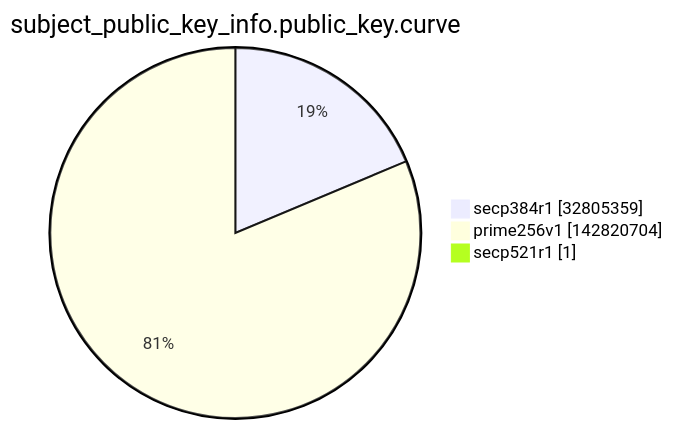
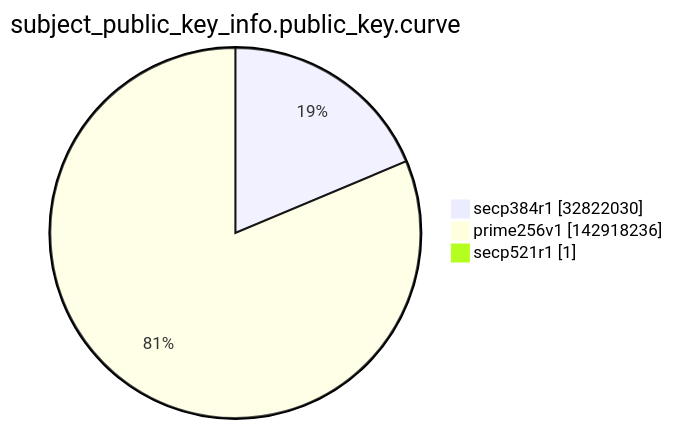
One commit to christiankrug/ctmonitor_visualization changed the ninth of 15 diagrams in argon2022/README.md. Above: the diagram before and after it, drawn with Mermaid. The commit also changed other lines of this file, not shown here.

````diff
--- a/argon2022/README.md
+++ b/argon2022/README.md
@@ -2764,7 +2764,7 @@
 ```mermaid
 pie showData
 title subject_public_key_info.public_key.curve
-"secp384r1" :32805359
-"prime256v1" :142820704
+"secp384r1" :32822030
+"prime256v1" :142918236
 "secp521r1" :1
 ```
````
